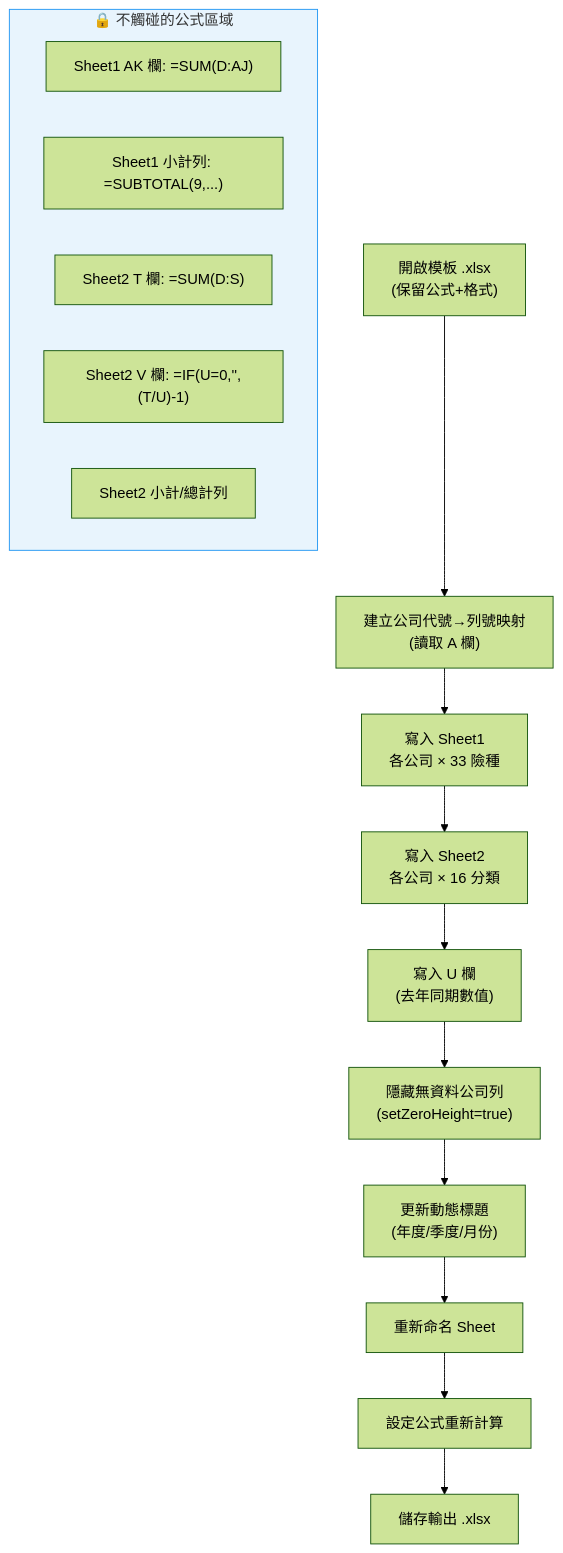
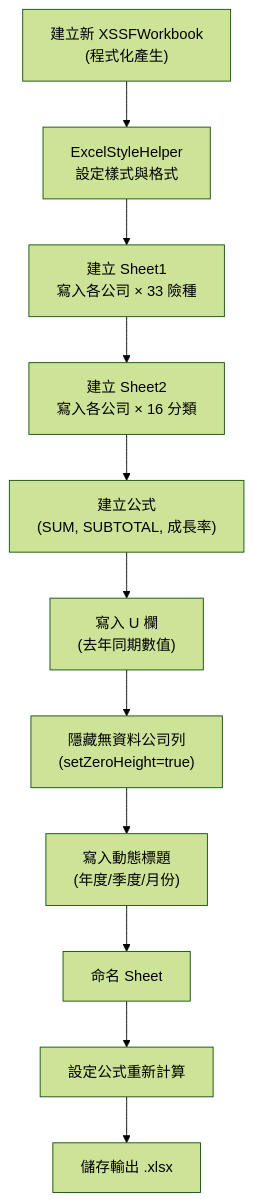
The second of 2 diagrams in docs/05-處理流程圖.md (seawaterfoods/retained-premium-report-transformer), drawn with Mermaid (forest theme) before and after one commit. The commit also changed other lines of this file and 11 other files, not shown here.

````diff
--- a/docs/05-處理流程圖.md
+++ b/docs/05-處理流程圖.md
@@ -43,22 +39,13 @@
 ```mermaid
 flowchart TD
-    OPEN["開啟模板 .xlsx<br/>(保留公式+格式)"] --> MAP["建立公司代號→列號映射<br/>(讀取 A 欄)"]
-    MAP --> S1["寫入 Sheet1<br/>各公司 × 33 險種"]
-    S1 --> S2["寫入 Sheet2<br/>各公司 × 16 分類"]
-    S2 --> U["寫入 U 欄<br/>(去年同期數值)"]
+    CREATE["建立新 XSSFWorkbook<br/>(程式化產生)"] --> STYLE["ExcelStyleHelper<br/>設定樣式與格式"]
+    STYLE --> S1["建立 Sheet1<br/>寫入各公司 × 33 險種"]
+    S1 --> S2["建立 Sheet2<br/>寫入各公司 × 16 分類"]
+    S2 --> FORMULA["建立公式<br/>(SUM, SUBTOTAL, 成長率)"]
+    FORMULA --> U["寫入 U 欄<br/>(去年同期數值)"]
     U --> HIDE["隱藏無資料公司列<br/>(setZeroHeight=true)"]
-    HIDE --> TITLE["更新動態標題<br/>(年度/季度/月份)"]
-    TITLE --> RENAME["重新命名 Sheet"]
+    HIDE --> TITLE["寫入動態標題<br/>(年度/季度/月份)"]
+    TITLE --> RENAME["命名 Sheet"]
     RENAME --> RECALC["設定公式重新計算"]
     RECALC --> SAVE["儲存輸出 .xlsx"]
-
-    subgraph preserve["🔒 不觸碰的公式區域"]
-        F1["Sheet1 AK 欄: =SUM(D:AJ)"]
-        F2["Sheet1 小計列: =SUBTOTAL(9,...)"]
-        F3["Sheet2 T 欄: =SUM(D:S)"]
-        F4["Sheet2 V 欄: =IF(U=0,'',(T/U)-1)"]
-        F5["Sheet2 小計/總計列"]
-    end
-
-    style preserve fill:#e8f4fd,stroke:#2196F3
 ```
````
